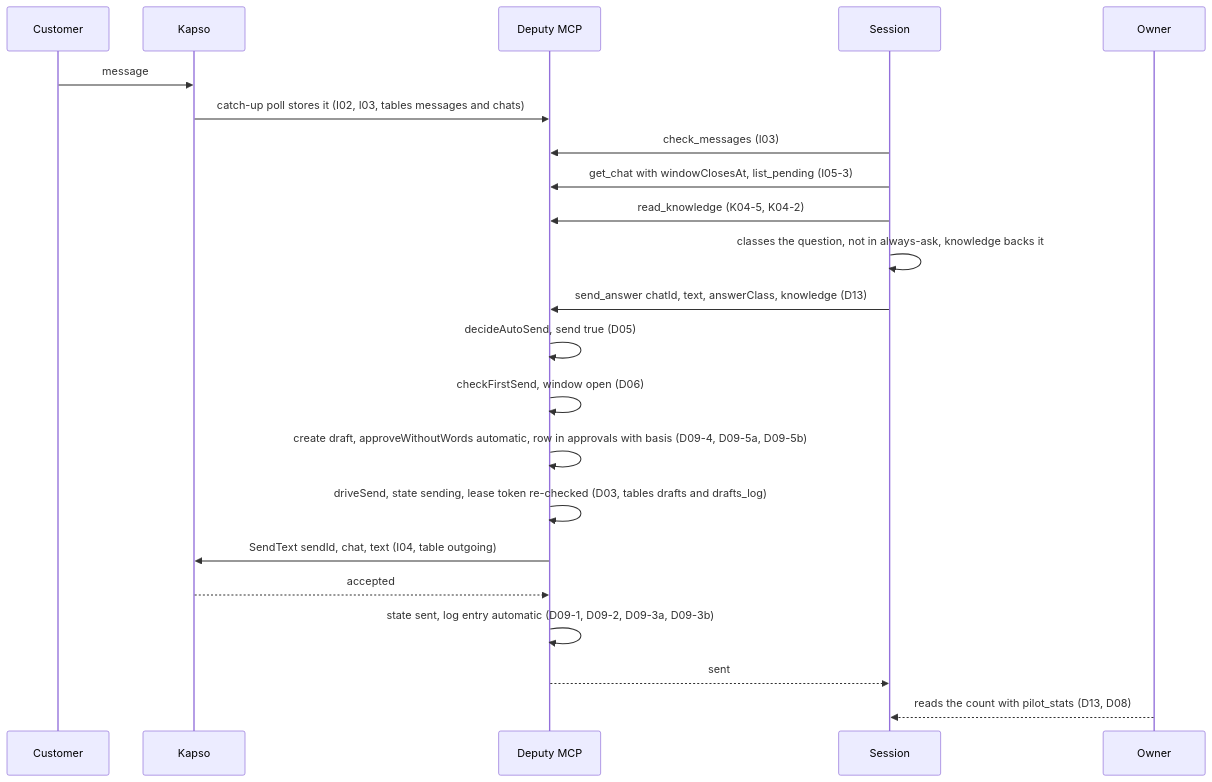
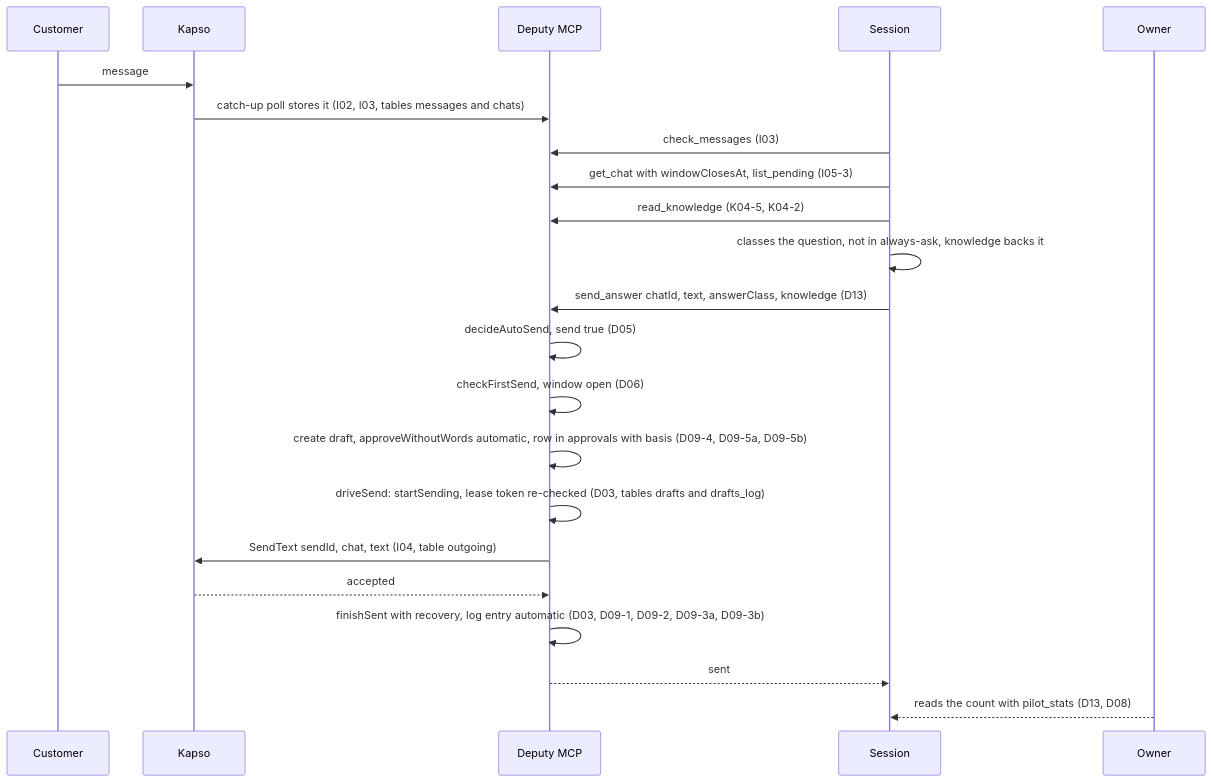
One commit to antonygiomarxdev/deputy changed the fourth of 15 diagrams in docs/tp-detail/TP-pilot-end-to-end.md. Above: the diagram before and after it, drawn with Mermaid. The commit also changed other lines of this file, not shown here.

Commit message:
docs: put the pilot end-to-end design in the TP layout and name the send steps

````diff
--- a/docs/tp-detail/TP-pilot-end-to-end.md
+++ b/docs/tp-detail/TP-pilot-end-to-end.md
@@ -94,24 +112,24 @@
 ```mermaid
 sequenceDiagram
   participant C as Customer
   participant K as Kapso
   participant M as Deputy MCP
   participant S as Session
   participant O as Owner
   C->>K: message
   K->>M: catch-up poll stores it (I02, I03, tables messages and chats)
   S->>M: check_messages (I03)
   S->>M: get_chat with windowClosesAt, list_pending (I05-3)
   S->>M: read_knowledge (K04-5, K04-2)
   S->>S: classes the question, not in always-ask, knowledge backs it
   S->>M: send_answer chatId, text, answerClass, knowledge (D13)
   M->>M: decideAutoSend, send true (D05)
   M->>M: checkFirstSend, window open (D06)
   M->>M: create draft, approveWithoutWords automatic, row in approvals with basis (D09-4, D09-5a, D09-5b)
-  M->>M: driveSend, state sending, lease token re-checked (D03, tables drafts and drafts_log)
+  M->>M: driveSend: startSending, lease token re-checked (D03, tables drafts and drafts_log)
   M->>K: SendText sendId, chat, text (I04, table outgoing)
   K-->>M: accepted
-  M->>M: state sent, log entry automatic (D09-1, D09-2, D09-3a, D09-3b)
+  M->>M: finishSent with recovery, log entry automatic (D03, D09-1, D09-2, D09-3a, D09-3b)
   M-->>S: sent
   O-->>S: reads the count with pilot_stats (D13, D08)
 ```
````
